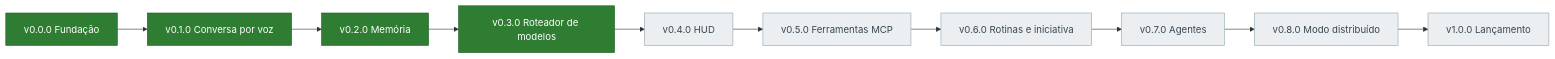
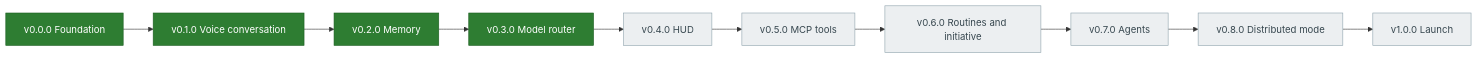
One commit to Gabitoprof/Nora changed the second of 4 diagrams in docs/MAPA_MENTAL.md. Above: the diagram before and after it, drawn with Mermaid. The commit also changed other lines of this file and 81 other files, not shown here.

````diff
--- a/docs/MAPA_MENTAL.md
+++ b/docs/MAPA_MENTAL.md
@@ -125,16 +125,16 @@
 ```mermaid
 flowchart LR
-  v00["v0.0.0 Fundação"]:::done --> v01["v0.1.0 Conversa por voz"]:::done
-  v01 --> v02["v0.2.0 Memória"]:::done
-  v02 --> v03["v0.3.0 Roteador de modelos"]:::done
+  v00["v0.0.0 Foundation"]:::done --> v01["v0.1.0 Voice conversation"]:::done
+  v01 --> v02["v0.2.0 Memory"]:::done
+  v02 --> v03["v0.3.0 Model router"]:::done
   v03 --> v04["v0.4.0 HUD"]:::pend
-  v04 --> v05["v0.5.0 Ferramentas MCP"]:::pend
-  v05 --> v06["v0.6.0 Rotinas e iniciativa"]:::pend
-  v06 --> v07["v0.7.0 Agentes"]:::pend
-  v07 --> v08["v0.8.0 Modo distribuído"]:::pend
-  v08 --> v10["v1.0.0 Lançamento"]:::pend
+  v04 --> v05["v0.5.0 MCP tools"]:::pend
+  v05 --> v06["v0.6.0 Routines and initiative"]:::pend
+  v06 --> v07["v0.7.0 Agents"]:::pend
+  v07 --> v08["v0.8.0 Distributed mode"]:::pend
+  v08 --> v10["v1.0.0 Launch"]:::pend
 
   classDef done fill:#2e7d32,stroke:#1b5e20,color:#fff
   classDef doing fill:#f9a825,stroke:#f57f17,color:#000
   classDef pend fill:#eceff1,stroke:#90a4ae,color:#37474f
 ```
````
